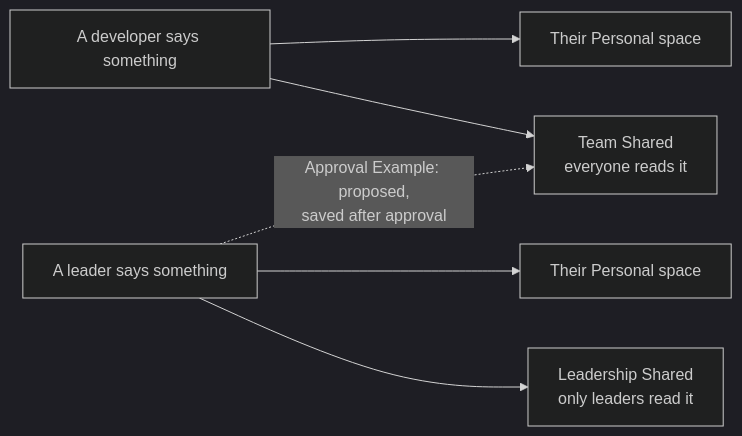
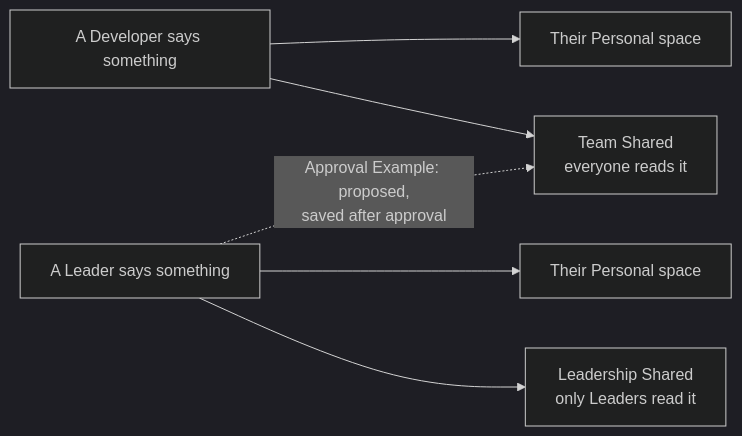
The first of 2 diagrams in README.md (Yuiham/mem9-shared-memory-demo), drawn with Mermaid (dark theme) before and after one commit. The commit also changed other lines of this file, not shown here.

````diff
--- a/README.md
+++ b/README.md
@@ -28,8 +28,8 @@
 ```mermaid
 flowchart LR
-  D["A developer says something"] --> DP["Their Personal space"]
+  D["A Developer says something"] --> DP["Their Personal space"]
   D --> TS["Team Shared<br/>everyone reads it"]
-  L["A leader says something"] --> LP["Their Personal space"]
-  L --> LS["Leadership Shared<br/>only leaders read it"]
+  L["A Leader says something"] --> LP["Their Personal space"]
+  L --> LS["Leadership Shared<br/>only Leaders read it"]
   L -. "Approval Example: proposed,<br/>saved after approval" .-> TS
 ```
````
